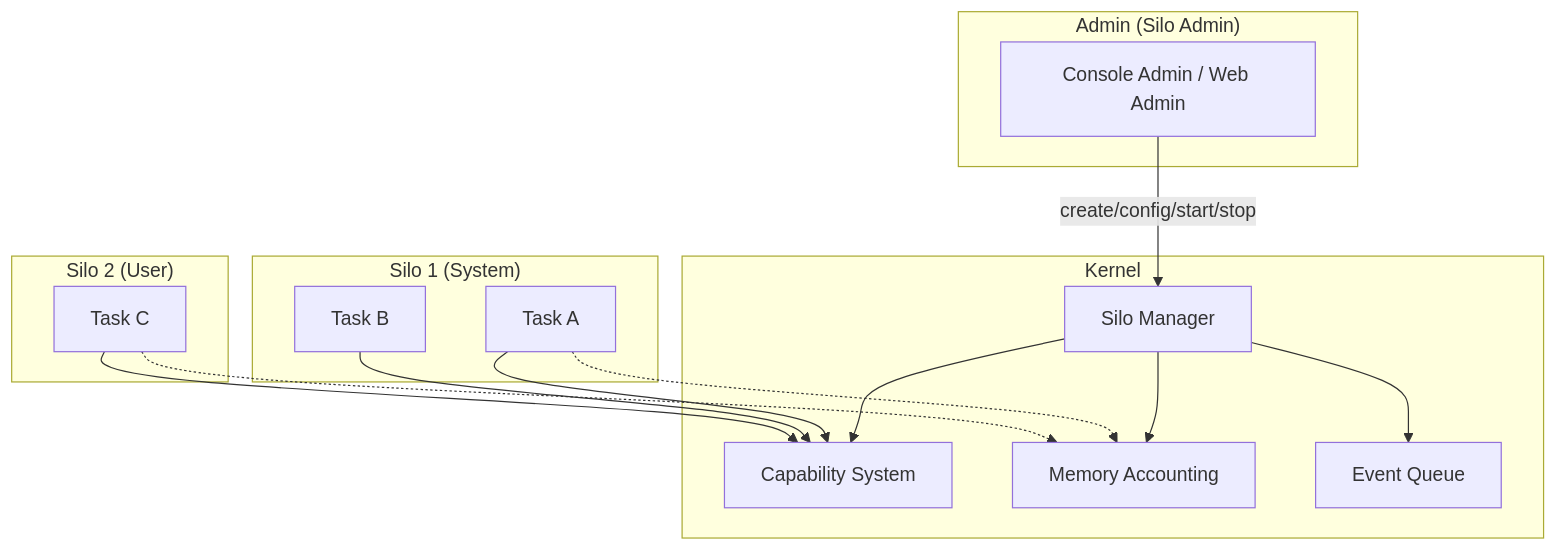
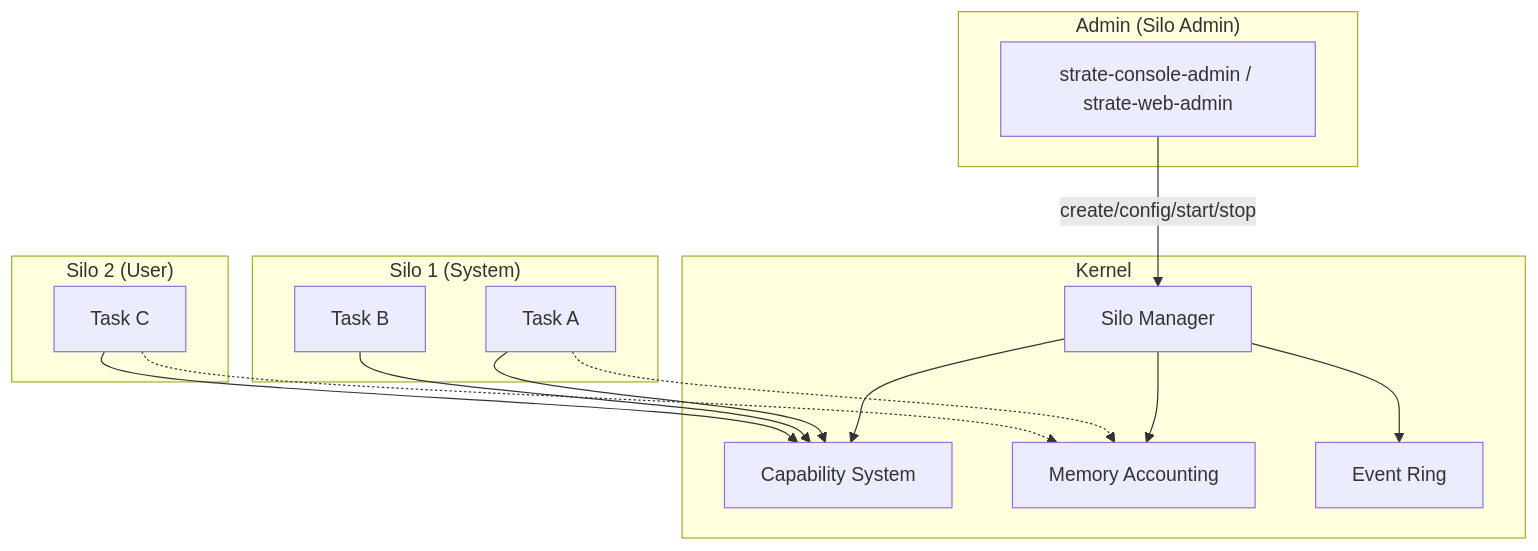
One commit to ggielly/strat9-os changed the first of 2 diagrams in docs-site/src/silo.md. Above: the diagram before and after it, drawn with Mermaid. The commit also changed other lines of this file and 70 other files, not shown here.

````diff
--- a/docs-site/src/silo.md
+++ b/docs-site/src/silo.md
@@ -9,32 +11,32 @@
 ```mermaid
 graph TB
     subgraph "Admin (Silo Admin)"
-        ADMIN[Console Admin / Web Admin]
+        ADMIN[strate-console-admin / strate-web-admin]
     end
 
     subgraph "Kernel"
         SM[Silo Manager]
         CAP[Capability System]
         MEM[Memory Accounting]
-        EV[Event Queue]
+        EV[Event Ring]
     end
 
     subgraph "Silo 1 (System)"
         T1[Task A]
         T2[Task B]
     end
 
     subgraph "Silo 2 (User)"
         T3[Task C]
     end
 
     ADMIN -->|create/config/start/stop| SM
     SM --> CAP
     SM --> MEM
     SM --> EV
     T1 --> CAP
     T2 --> CAP
     T3 --> CAP
     T1 -.-> MEM
     T3 -.-> MEM
 ```
````
